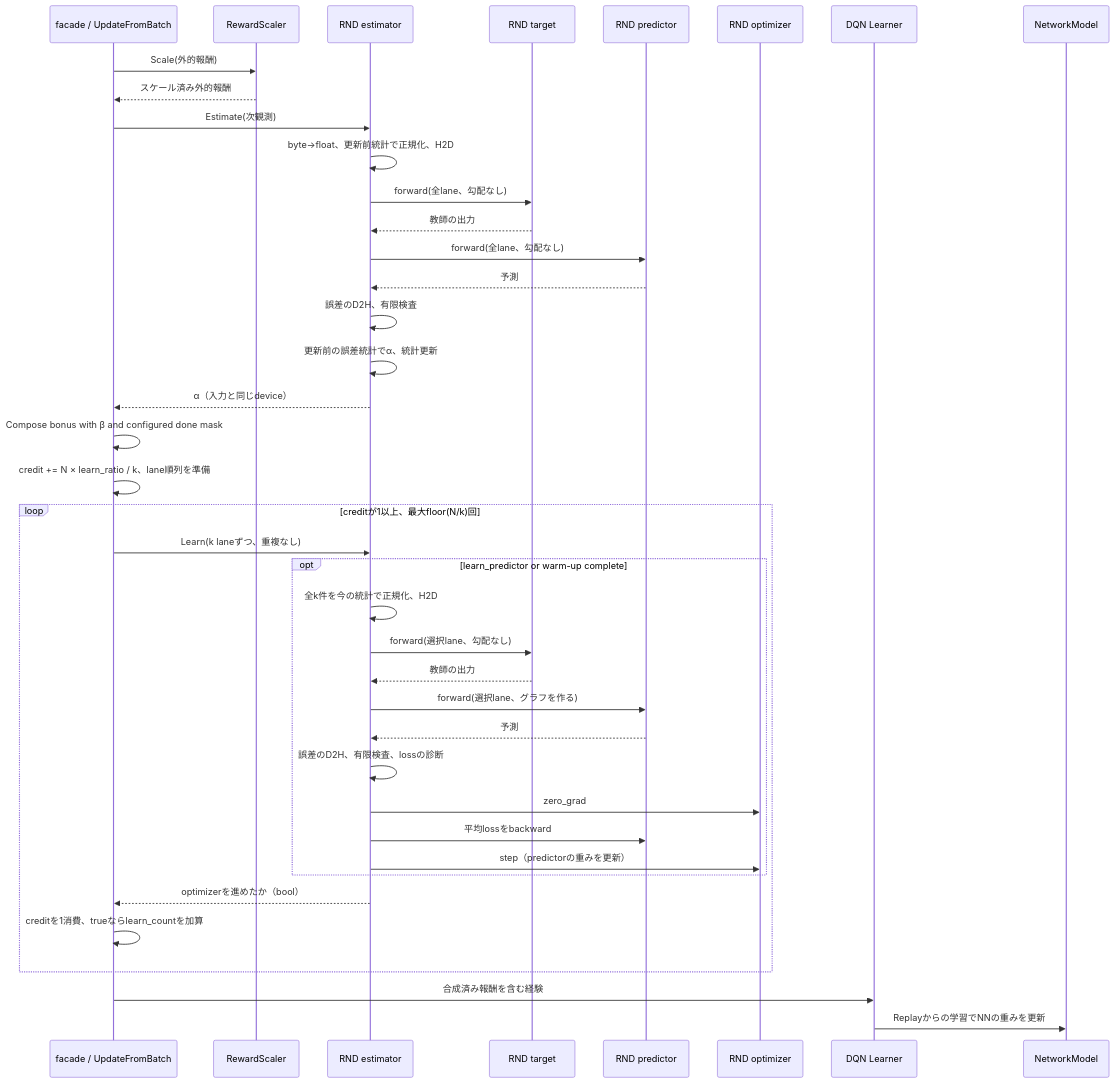
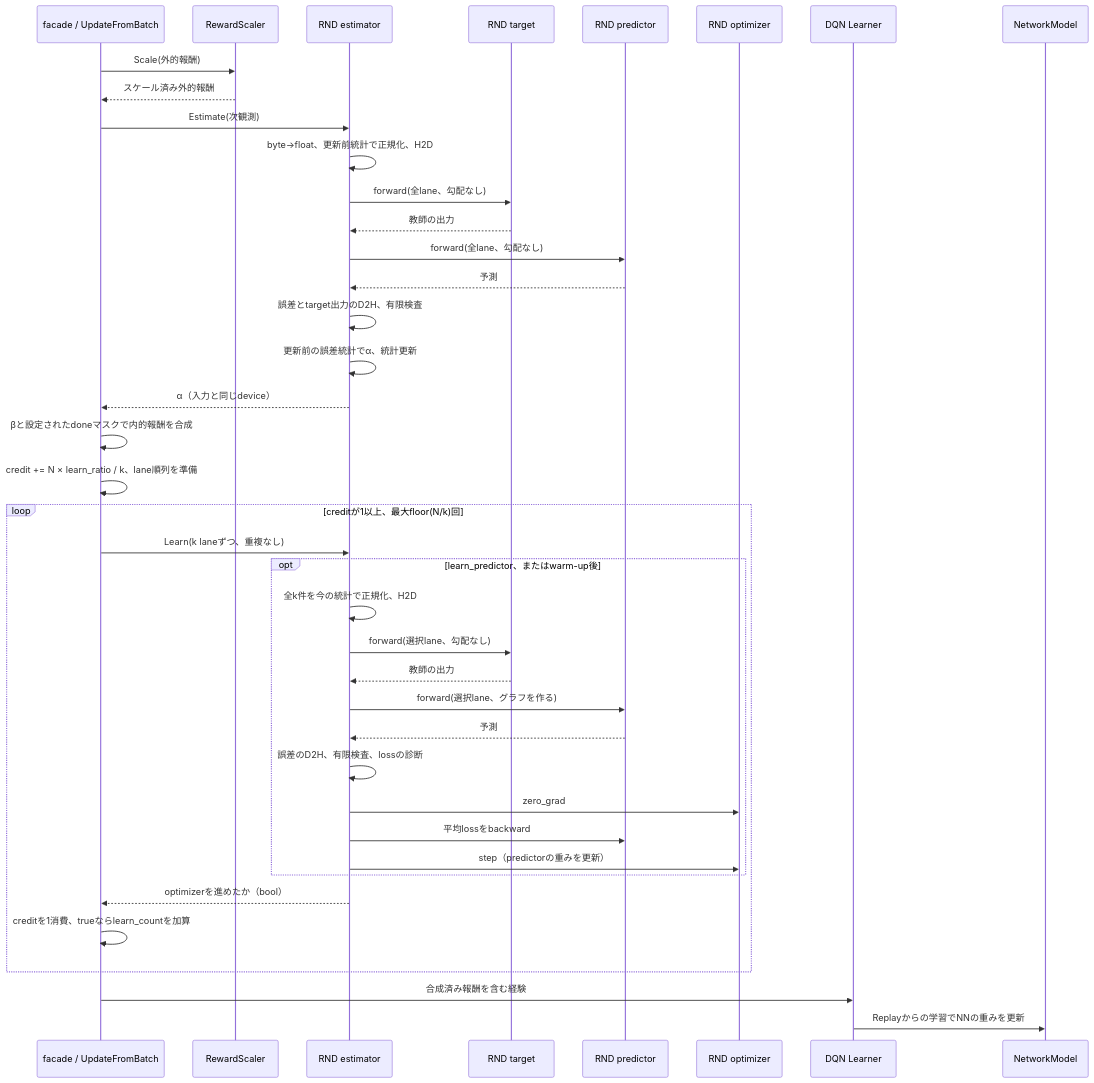
The second of 2 diagrams in docs/design/212_rnd_lifelong_novelty.en.md (kazukin123/anet-lab), drawn with Mermaid before and after one commit. The commit also changed other lines of this file and 7 other files, not shown here.

````diff
--- a/docs/design/212_rnd_lifelong_novelty.en.md
+++ b/docs/design/212_rnd_lifelong_novelty.en.md
@@ -252,42 +275,42 @@
 ```mermaid
 sequenceDiagram
     participant F as facade / UpdateFromBatch
     participant S as RewardScaler
     participant R as RND estimator
     participant T as RND target
     participant P as RND predictor
     participant O as RND optimizer
     participant L as DQN Learner
     participant N as NetworkModel
     F->>S: Scale(外的報酬)
     S-->>F: スケール済み外的報酬
     F->>R: Estimate(次観測)
     R->>R: byte→float、更新前統計で正規化、H2D
     R->>T: forward(全lane、勾配なし)
     T-->>R: 教師の出力
     R->>P: forward(全lane、勾配なし)
     P-->>R: 予測
-    R->>R: 誤差のD2H、有限検査
+    R->>R: 誤差とtarget出力のD2H、有限検査
     R->>R: 更新前の誤差統計でα、統計更新
     R-->>F: α（入力と同じdevice）
-    F->>F: Compose bonus with β and configured done mask
+    F->>F: βと設定されたdoneマスクで内的報酬を合成
     F->>F: credit += N × learn_ratio / k、lane順列を準備
     loop creditが1以上、最大floor(N/k)回
         F->>R: Learn(k laneずつ、重複なし)
-        opt learn_predictor or warm-up complete
+        opt learn_predictor、またはwarm-up後
         R->>R: 全k件を今の統計で正規化、H2D
         R->>T: forward(選択lane、勾配なし)
         T-->>R: 教師の出力
         R->>P: forward(選択lane、グラフを作る)
         P-->>R: 予測
         R->>R: 誤差のD2H、有限検査、lossの診断
         R->>O: zero_grad
         R->>P: 平均lossをbackward
         R->>O: step（predictorの重みを更新）
         end
         R-->>F: optimizerを進めたか（bool）
         F->>F: creditを1消費、trueならlearn_countを加算
     end
     F->>L: 合成済み報酬を含む経験
     L->>N: Replayからの学習でNNの重みを更新
 ```
````
